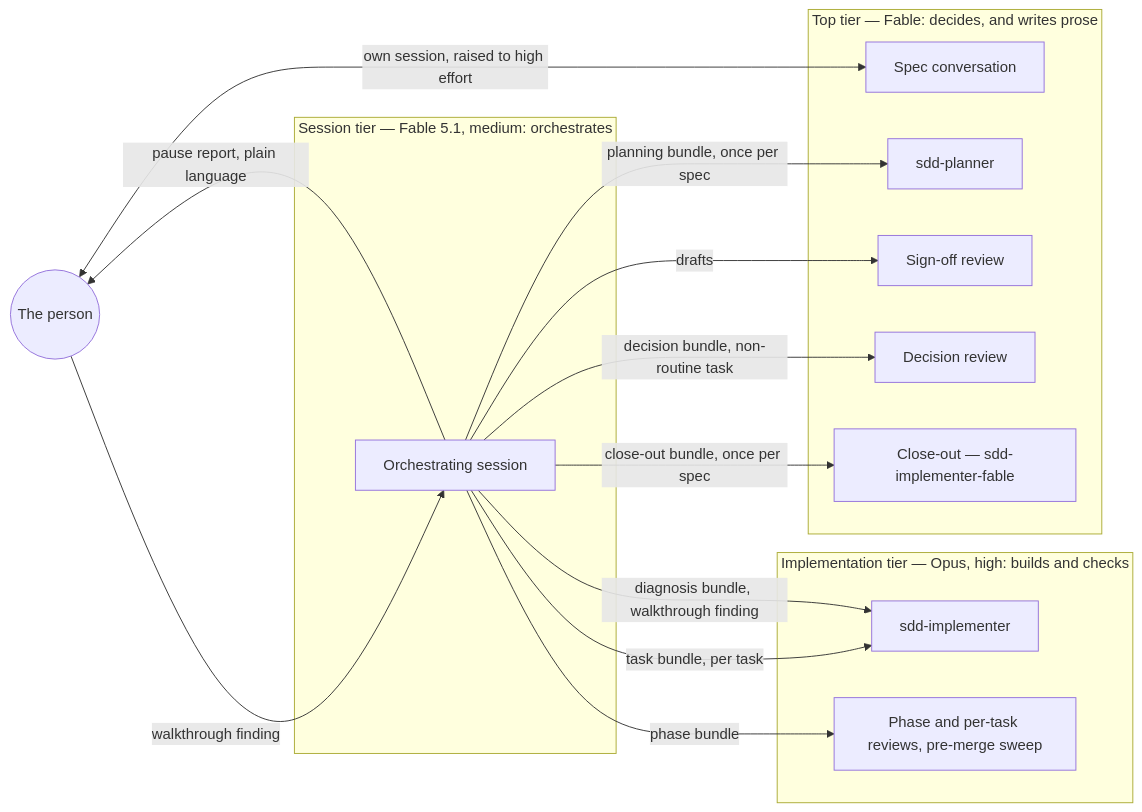
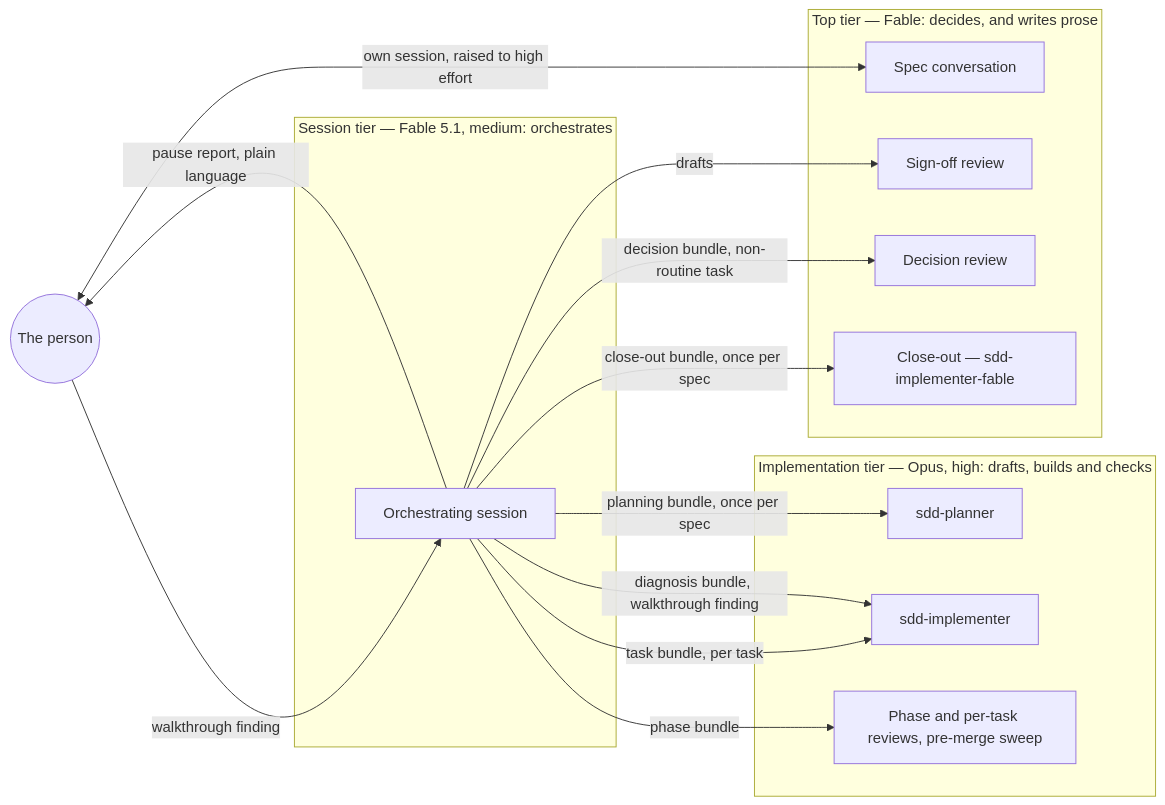
One commit to EHaake/solowright changed the diagram in README.md. Above: the diagram before and after it, drawn with Mermaid. The commit also changed other lines of this file and 7 other files, not shown here.

First line of the commit message:
Planner moves to the implementation tier, as a trial

````diff
--- a/README.md
+++ b/README.md
@@ -101,28 +102,28 @@
 ```mermaid
 flowchart LR
     PERSON(("The person"))
     subgraph top["Top tier — Fable: decides, and writes prose"]
         SPEC["Spec conversation"]
-        PLAN["sdd-planner"]
         SIGN["Sign-off review"]
         DEC["Decision review"]
         CLOSE["Close-out — sdd-implementer-fable"]
     end
-    subgraph impl["Implementation tier — Opus, high: builds and checks"]
+    subgraph impl["Implementation tier — Opus, high: drafts, builds and checks"]
+        PLAN["sdd-planner"]
         IMP["sdd-implementer"]
         REV["Phase and per-task reviews, pre-merge sweep"]
     end
     subgraph sess["Session tier — Fable 5.1, medium: orchestrates"]
         ORC["Orchestrating session"]
     end
     PERSON <-->|"own session, raised to high effort"| SPEC
     ORC -->|"planning bundle, once per spec"| PLAN
     ORC -->|"drafts"| SIGN
     ORC -->|"decision bundle, non-routine task"| DEC
     ORC -->|"task bundle, per task"| IMP
     ORC -->|"diagnosis bundle, walkthrough finding"| IMP
     ORC -->|"phase bundle"| REV
     ORC -->|"close-out bundle, once per spec"| CLOSE
     ORC -->|"pause report, plain language"| PERSON
     PERSON -->|"walkthrough finding"| ORC
 ```
````
